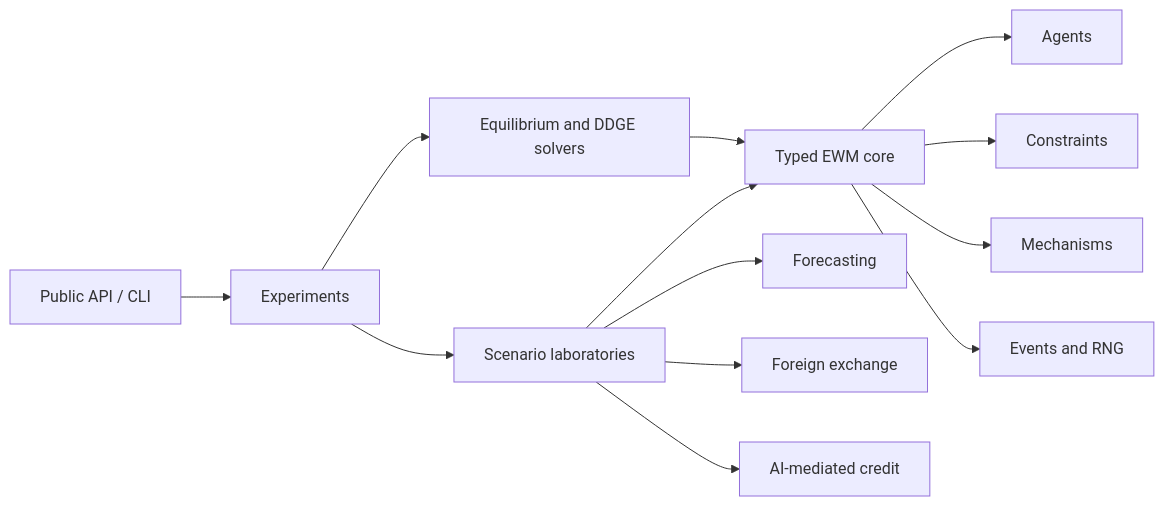
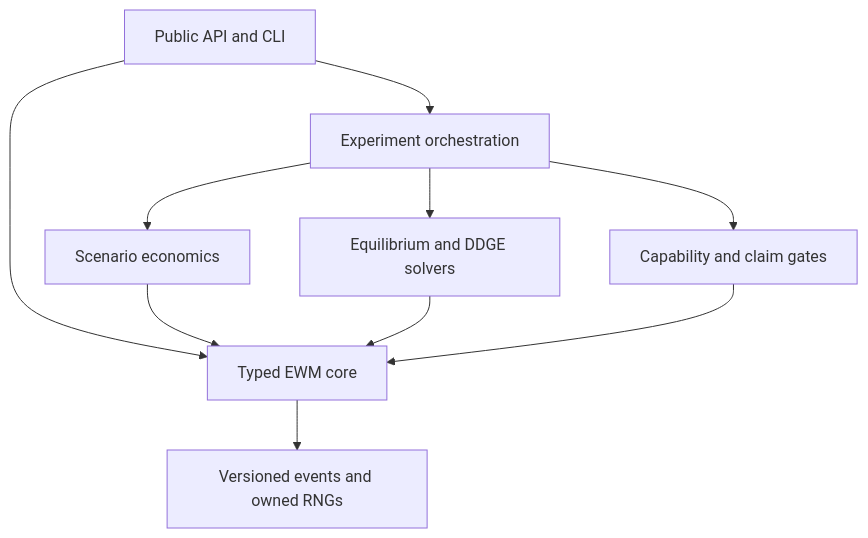
The diagram in README.md (ReverseZoom2151/economic-world-model), drawn with Mermaid before and after one commit. The commit also changed other lines of this file and 6 other files, not shown here.

````diff
--- a/README.md
+++ b/README.md
@@ -135,15 +226,12 @@
 ```mermaid
-flowchart LR
-    API[Public API / CLI] --> EXP[Experiments]
-    EXP --> SCN[Scenario laboratories]
+flowchart TB
+    API[Public API and CLI] --> EXP[Experiment orchestration]
+    API --> CORE[Typed EWM core]
+    EXP --> SCN[Scenario economics]
     EXP --> EQ[Equilibrium and DDGE solvers]
-    SCN --> CORE[Typed EWM core]
+    EXP --> CAP[Capability and claim gates]
+    SCN --> CORE
     EQ --> CORE
-    CORE --> AG[Agents]
-    CORE --> CT[Constraints]
-    CORE --> ME[Mechanisms]
-    CORE --> EV[Events and RNG]
-    SCN --> FC[Forecasting]
-    SCN --> FX[Foreign exchange]
-    SCN --> CR[AI-mediated credit]
+    CAP --> CORE
+    CORE --> EVT[Versioned events and owned RNGs]
 ```
````
